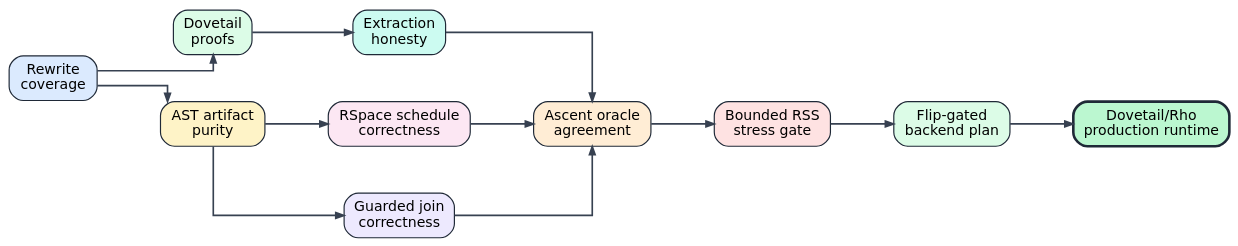
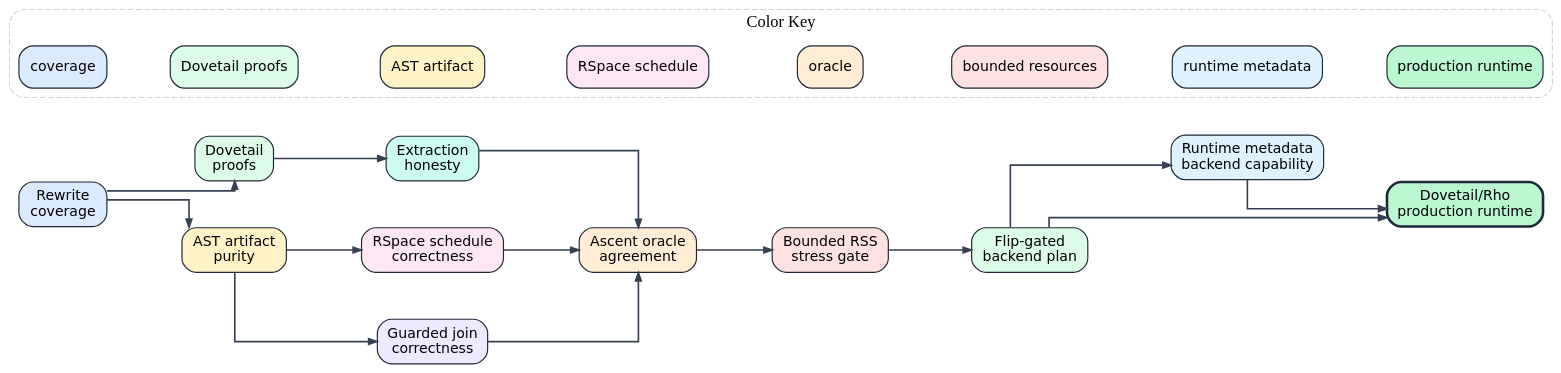
One commit to F1R3FLY-io/mettail-rust changed the diagram in docs/architecture/rho-native-integration/figures/08-production-readiness-dag.dot. Above: the diagram before and after it, drawn with Graphviz. The commit also changed 32 other files, not shown here.

First line of the commit message:
Add runtime backend capability metadata

```diff
--- a/docs/architecture/rho-native-integration/figures/08-production-readiness-dag.dot
+++ b/docs/architecture/rho-native-integration/figures/08-production-readiness-dag.dot
@@ -1,50 +1,68 @@
 digraph RuntimeBackendReadiness {
   graph [
     bgcolor="transparent",
     rankdir=LR,
     splines=ortho,
     pad=0.25,
     nodesep=0.55,
     ranksep=0.75
   ];
 
   node [
     shape=box,
     style="rounded,filled",
     color="#1F2937",
     fontname="DejaVu Sans",
     fontsize=12,
     margin="0.12,0.08"
   ];
 
   edge [
     color="#374151",
     arrowsize=0.7,
     penwidth=1.4,
     fontname="DejaVu Sans",
     fontsize=10
   ];
 
   coverage [label="Rewrite\ncoverage", fillcolor="#DBEAFE"];
   dovetail [label="Dovetail\nproofs", fillcolor="#DCFCE7"];
   ast [label="AST artifact\npurity", fillcolor="#FEF3C7"];
   scheduler [label="RSpace schedule\ncorrectness", fillcolor="#FCE7F3"];
   guards [label="Guarded join\ncorrectness", fillcolor="#EDE9FE"];
   extraction [label="Extraction\nhonesty", fillcolor="#CCFBF1"];
   oracle [label="Ascent oracle\nagreement", fillcolor="#FFEDD5"];
   memory [label="Bounded RSS\nstress gate", fillcolor="#FEE2E2"];
+  metadata [label="Runtime metadata\nbackend capability", fillcolor="#E0F2FE"];
   flip [label="Flip-gated\nbackend plan", fillcolor="#DCFCE7"];
   production [label="Dovetail/Rho\nproduction runtime", fillcolor="#BBF7D0", penwidth=2.2];
 
   coverage -> dovetail;
   coverage -> ast;
   dovetail -> extraction;
   ast -> scheduler;
   ast -> guards;
   scheduler -> oracle;
   guards -> oracle;
   extraction -> oracle;
   oracle -> memory;
   memory -> flip;
+  flip -> metadata;
+  metadata -> production;
   flip -> production;
+
+  subgraph cluster_legend {
+    label="Color Key";
+    color="#D1D5DB";
+    style="rounded,dashed";
+    key_coverage [label="coverage", fillcolor="#DBEAFE"];
+    key_dovetail [label="Dovetail proofs", fillcolor="#DCFCE7"];
+    key_ast [label="AST artifact", fillcolor="#FEF3C7"];
+    key_scheduler [label="RSpace schedule", fillcolor="#FCE7F3"];
+    key_oracle [label="oracle", fillcolor="#FFEDD5"];
+    key_memory [label="bounded resources", fillcolor="#FEE2E2"];
+    key_metadata [label="runtime metadata", fillcolor="#E0F2FE"];
+    key_prod [label="production runtime", fillcolor="#BBF7D0"];
+    key_coverage -> key_dovetail -> key_ast -> key_scheduler -> key_oracle -> key_memory -> key_metadata -> key_prod [style=invis];
+  }
 }
```
